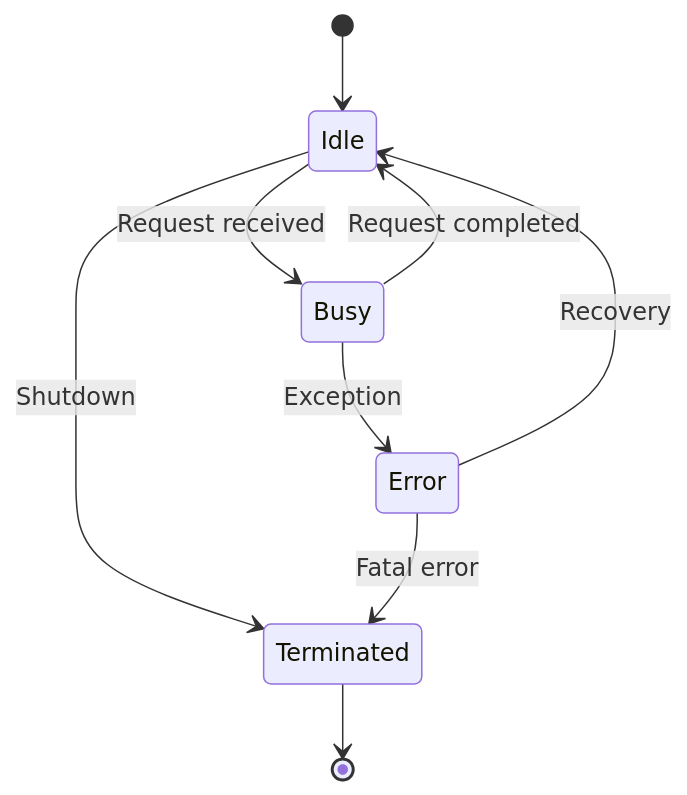
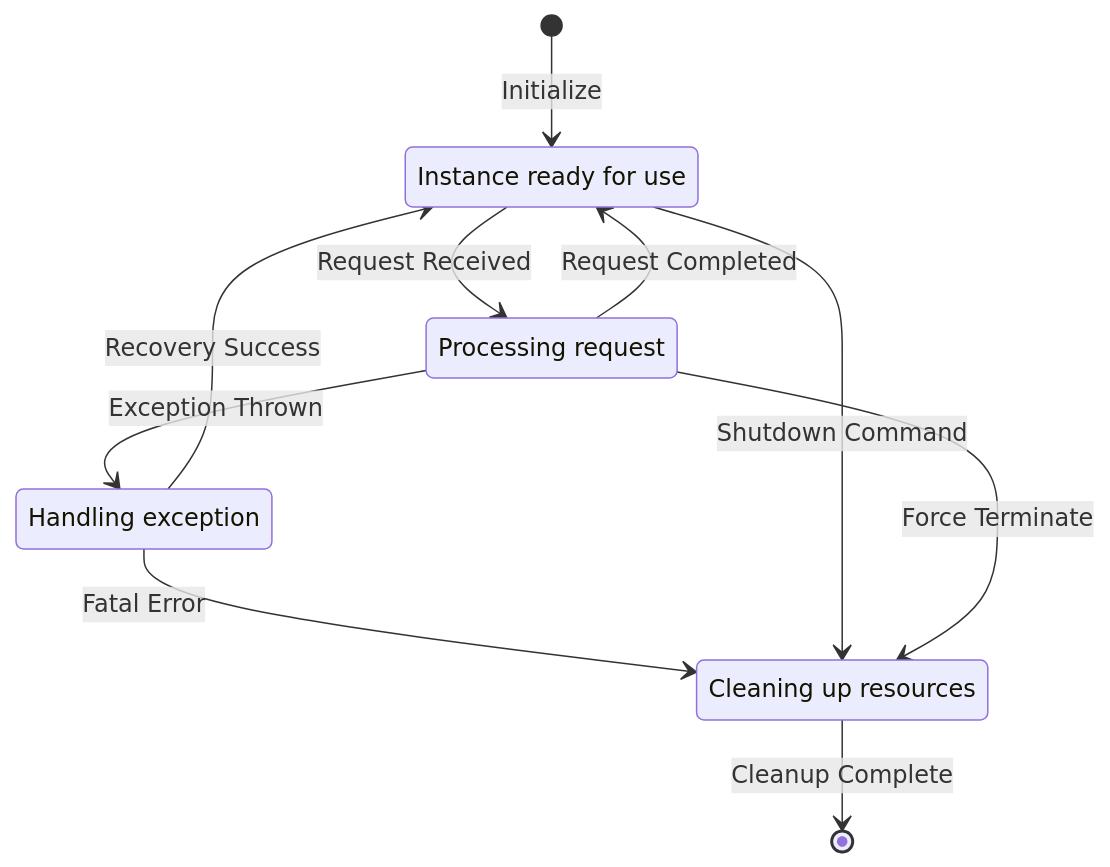
One commit to Independent-AI-Labs/AMI-WEB changed the sixth of 6 diagrams in ARCHITECTURE.md. Above: the diagram before and after it, drawn with Mermaid. The commit also changed other lines of this file and 1 other file, not shown here.

````diff
--- a/ARCHITECTURE.md
+++ b/ARCHITECTURE.md
@@ -392,11 +529,17 @@
 ```mermaid
 stateDiagram-v2
-    [*] --> Idle
-    Idle --> Busy: Request received
-    Busy --> Idle: Request completed
-    Busy --> Error: Exception
-    Error --> Idle: Recovery
-    Idle --> Terminated: Shutdown
-    Error --> Terminated: Fatal error
-    Terminated --> [*]
+    [*] --> Idle: Initialize
+    Idle --> Busy: Request Received
+    Busy --> Idle: Request Completed
+    Busy --> Error: Exception Thrown
+    Error --> Idle: Recovery Success
+    Error --> Terminated: Fatal Error
+    Idle --> Terminated: Shutdown Command
+    Busy --> Terminated: Force Terminate
+    Terminated --> [*]: Cleanup Complete
+    
+    Idle: Instance ready for use
+    Busy: Processing request
+    Error: Handling exception
+    Terminated: Cleaning up resources
 ```
````
